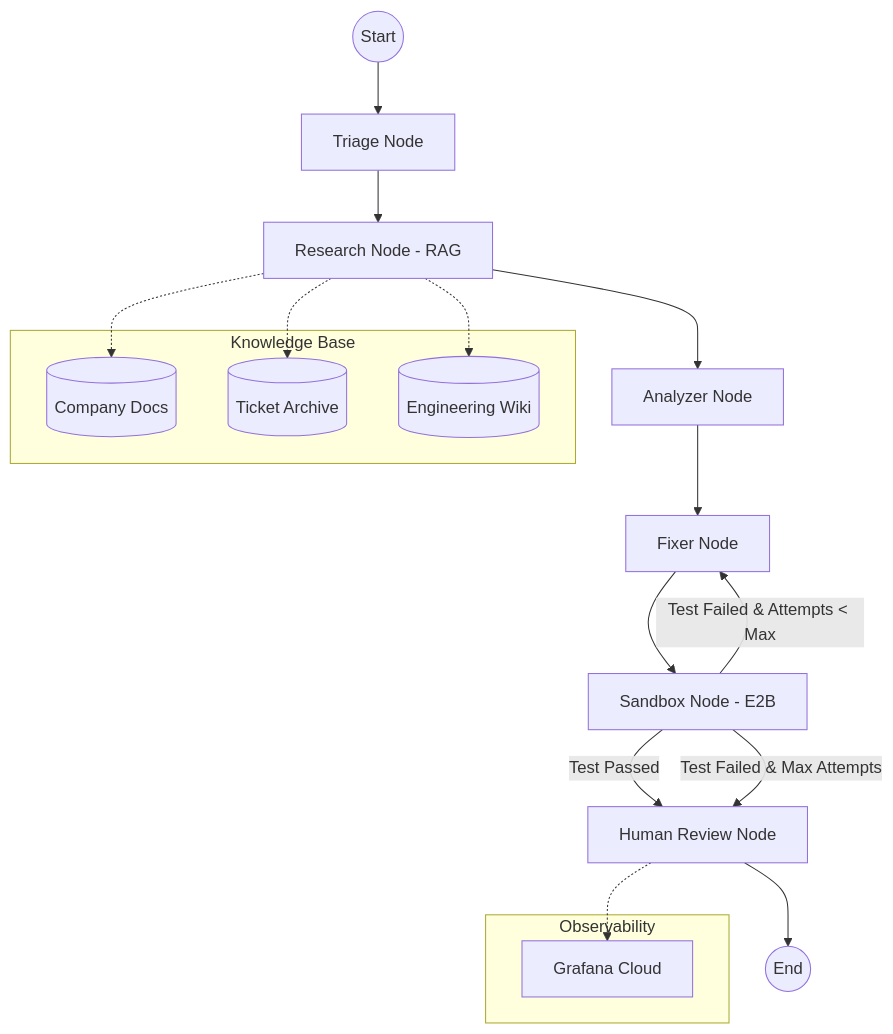
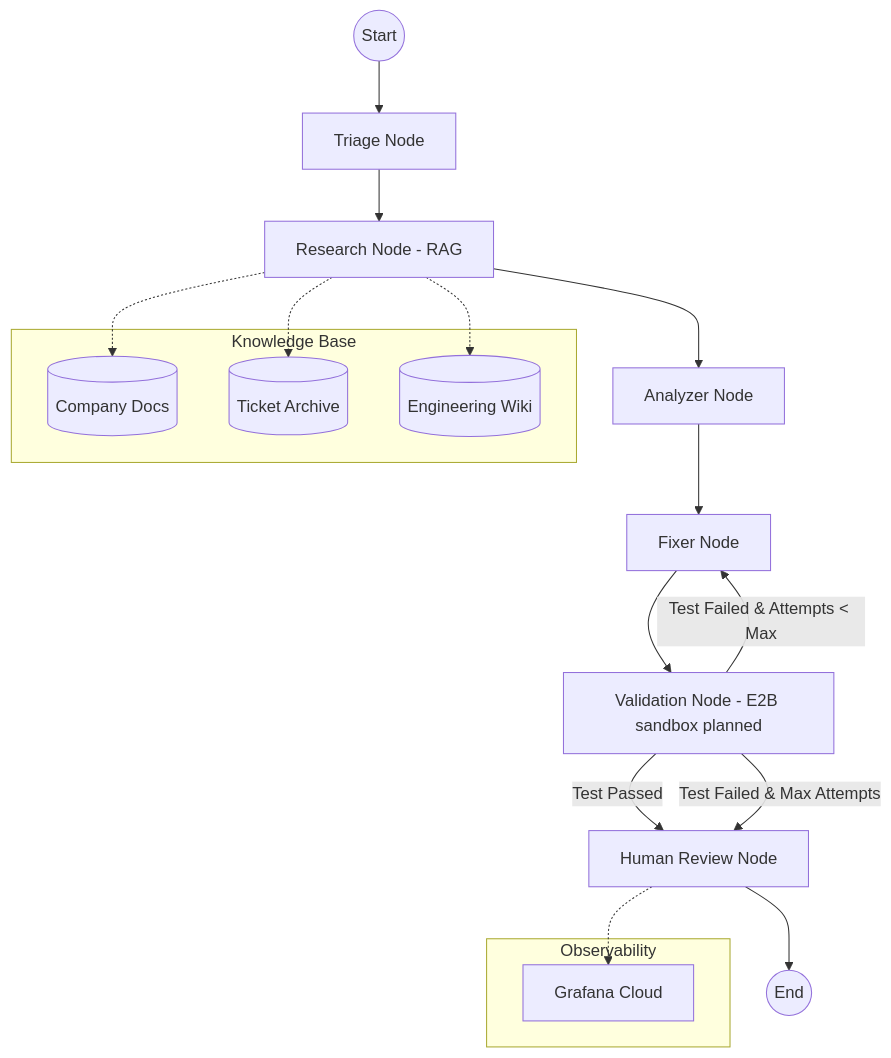
The diagram in docs/architecture.mmd (MuhammadAbbas01/Self_Healing_Customer_support_agent), drawn with Mermaid before and after one commit. The commit also changed 3 other files, not shown here.

Commit message:
Fix Mermaid END keyword in docs diagrams, clarify validation stage wording, add secret/startup probe/memory to K8s deployment

```diff
--- a/docs/architecture.mmd
+++ b/docs/architecture.mmd
@@ -1,26 +1,26 @@
 graph TD
     START((Start)) --> TRIAGE[Triage Node]
     TRIAGE --> RESEARCH[Research Node - RAG]
     RESEARCH --> ANALYZER[Analyzer Node]
     ANALYZER --> FIXER[Fixer Node]
-    FIXER --> SANDBOX[Sandbox Node - E2B]
+    FIXER --> SANDBOX[Validation Node - E2B sandbox planned]
     SANDBOX -- "Test Passed" --> HUMAN_REVIEW[Human Review Node]
     SANDBOX -- "Test Failed & Attempts < Max" --> FIXER
     SANDBOX -- "Test Failed & Max Attempts" --> HUMAN_REVIEW
-    HUMAN_REVIEW --> END((End))
+    HUMAN_REVIEW --> FINISH((End))
 
     subgraph "Knowledge Base"
         DOCS[(Company Docs)]
         TICKETS[(Ticket Archive)]
         WIKI[(Engineering Wiki)]
     end
 
     RESEARCH -.-> DOCS
     RESEARCH -.-> TICKETS
     RESEARCH -.-> WIKI
 
     subgraph "Observability"
         GRAFANA[Grafana Cloud]
     end
 
     HUMAN_REVIEW -.-> GRAFANA
```
